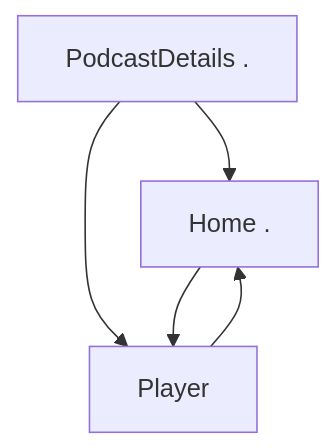
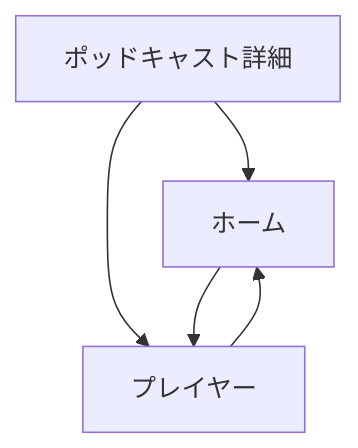
One commit to BinaryTape/Open-Docs changed the second of 2 diagrams in docs/ja/kmp/migrate-from-android.md. Above: the diagram before and after it, drawn with Mermaid. The commit also changed other lines of this file and 530 other files, not shown here.

````diff
--- a/docs/ja/kmp/migrate-from-android.md
+++ b/docs/ja/kmp/migrate-from-android.md
@@ -280,22 +280,22 @@
 ```mermaid
 ---
 config:
   labelBackground: '#ded'
 ---
 flowchart TB
   %% Nodes (plain labels, no quotes/parentheses/braces)
   %% Start[Start .]
-  Home[Home .]
-  Player[Player]
-  PodcastDetailsRoute[PodcastDetails .]
+  Home[ホーム]
+  Player[プレイヤー]
+  PodcastDetailsRoute[ポッドキャスト詳細]
 
   %% Home main actions
   Home --> Player
 
   %% From PodcastDetails route
   PodcastDetailsRoute --> Player
   PodcastDetailsRoute --> Home
 
   %% Back behavior from Player (returns to previous context)
   Player --> Home
 ```
````
